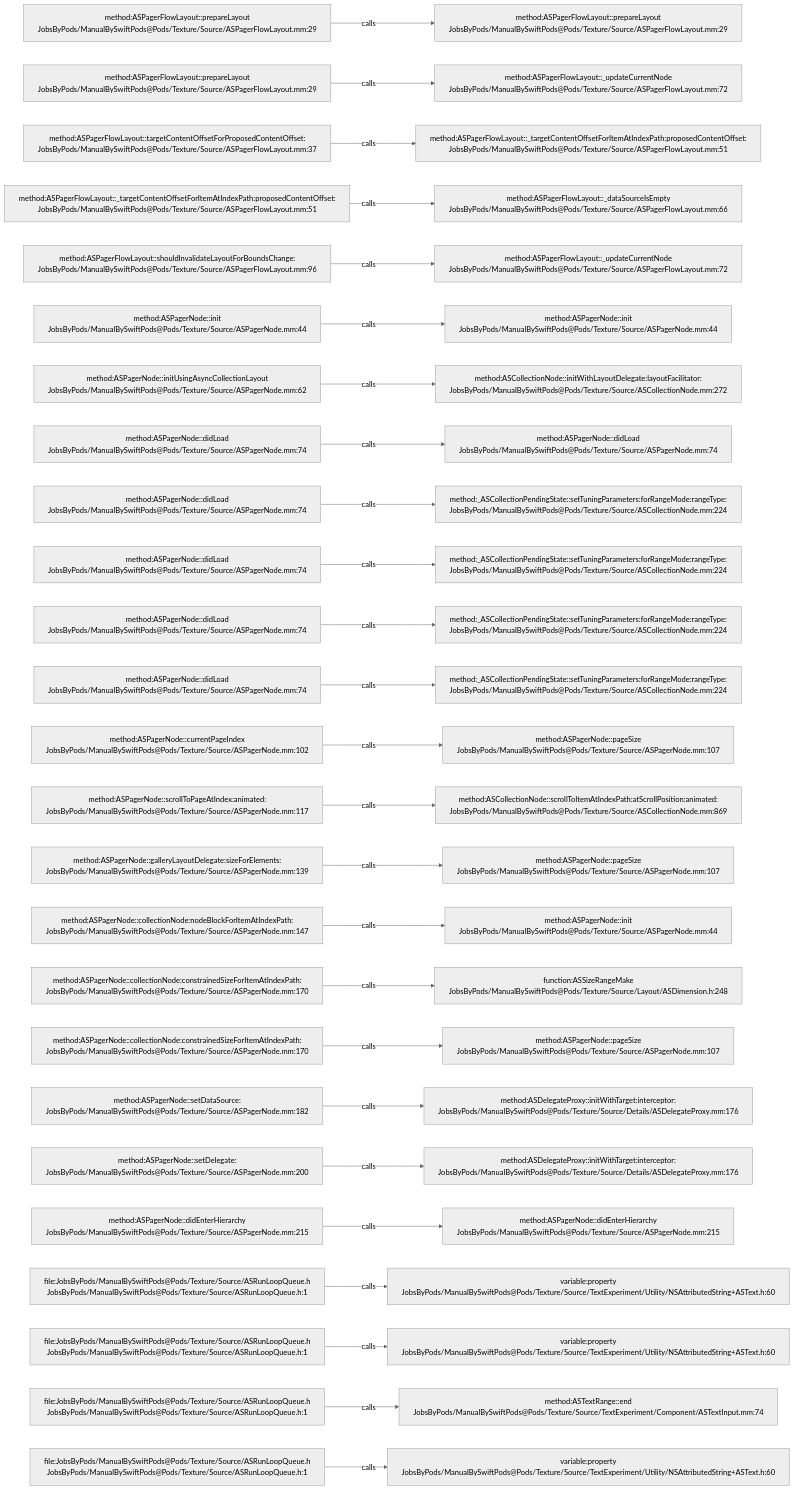
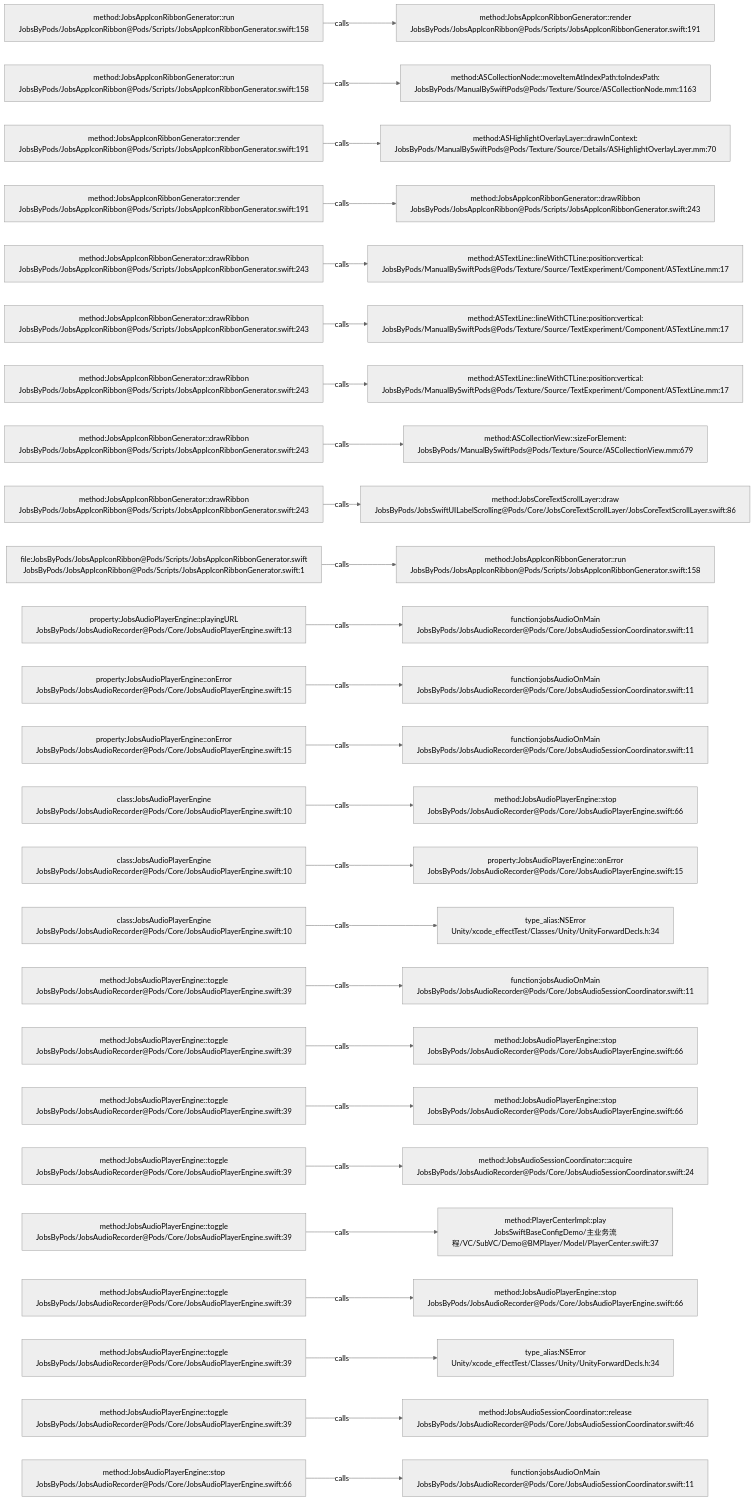
Before and after one commit to JobsKits/JobsSwiftBaseConfigDemo: the diagram in .codegraph/codegraph.md/graphs/calls-052.md, drawn with Mermaid (neutral theme). The commit also changed 224 other files, not shown here.

````diff
--- a/.codegraph/codegraph.md/graphs/calls-052.md
+++ b/.codegraph/codegraph.md/graphs/calls-052.md
@@ -13,78 +13,78 @@
 ```mermaid
 flowchart LR
-  S1["method:ASPagerFlowLayout::prepareLayout<br/>JobsByPods/ManualBySwiftPods@Pods/Texture/Source/ASPagerFlowLayout.mm:29"]
-  T1["method:ASPagerFlowLayout::prepareLayout<br/>JobsByPods/ManualBySwiftPods@Pods/Texture/Source/ASPagerFlowLayout.mm:29"]
+  S1["method:JobsAppIconRibbonGenerator::run<br/>JobsByPods/JobsAppIconRibbon@Pods/Scripts/JobsAppIconRibbonGenerator.swift:158"]
+  T1["method:JobsAppIconRibbonGenerator::render<br/>JobsByPods/JobsAppIconRibbon@Pods/Scripts/JobsAppIconRibbonGenerator.swift:191"]
   S1 -->|calls| T1
-  S2["method:ASPagerFlowLayout::prepareLayout<br/>JobsByPods/ManualBySwiftPods@Pods/Texture/Source/ASPagerFlowLayout.mm:29"]
-  T2["method:ASPagerFlowLayout::_updateCurrentNode<br/>JobsByPods/ManualBySwiftPods@Pods/Texture/Source/ASPagerFlowLayout.mm:72"]
+  S2["method:JobsAppIconRibbonGenerator::run<br/>JobsByPods/JobsAppIconRibbon@Pods/Scripts/JobsAppIconRibbonGenerator.swift:158"]
+  T2["method:ASCollectionNode::moveItemAtIndexPath:toIndexPath:<br/>JobsByPods/ManualBySwiftPods@Pods/Texture/Source/ASCollectionNode.mm:1163"]
   S2 -->|calls| T2
-  S3["method:ASPagerFlowLayout::targetContentOffsetForProposedContentOffset:<br/>JobsByPods/ManualBySwiftPods@Pods/Texture/Source/ASPagerFlowLayout.mm:37"]
-  T3["method:ASPagerFlowLayout::_targetContentOffsetForItemAtIndexPath:proposedContentOffset:<br/>JobsByPods/ManualBySwiftPods@Pods/Texture/Source/ASPagerFlowLayout.mm:51"]
+  S3["method:JobsAppIconRibbonGenerator::render<br/>JobsByPods/JobsAppIconRibbon@Pods/Scripts/JobsAppIconRibbonGenerator.swift:191"]
+  T3["method:ASHighlightOverlayLayer::drawInContext:<br/>JobsByPods/ManualBySwiftPods@Pods/Texture/Source/Details/ASHighlightOverlayLayer.mm:70"]
   S3 -->|calls| T3
-  S4["method:ASPagerFlowLayout::_targetContentOffsetForItemAtIndexPath:proposedContentOffset:<br/>JobsByPods/ManualBySwiftPods@Pods/Texture/Source/ASPagerFlowLayout.mm:51"]
-  T4["method:ASPagerFlowLayout::_dataSourceIsEmpty<br/>JobsByPods/ManualBySwiftPods@Pods/Texture/Source/ASPagerFlowLayout.mm:66"]
+  S4["method:JobsAppIconRibbonGenerator::render<br/>JobsByPods/JobsAppIconRibbon@Pods/Scripts/JobsAppIconRibbonGenerator.swift:191"]
+  T4["method:JobsAppIconRibbonGenerator::drawRibbon<br/>JobsByPods/JobsAppIconRibbon@Pods/Scripts/JobsAppIconRibbonGenerator.swift:243"]
   S4 -->|calls| T4
-  S5["method:ASPagerFlowLayout::shouldInvalidateLayoutForBoundsChange:<br/>JobsByPods/ManualBySwiftPods@Pods/Texture/Source/ASPagerFlowLayout.mm:96"]
-  T5["method:ASPagerFlowLayout::_updateCurrentNode<br/>JobsByPods/ManualBySwiftPods@Pods/Texture/Source/ASPagerFlowLayout.mm:72"]
+  S5["method:JobsAppIconRibbonGenerator::drawRibbon<br/>JobsByPods/JobsAppIconRibbon@Pods/Scripts/JobsAppIconRibbonGenerator.swift:243"]
+  T5["method:ASTextLine::lineWithCTLine:position:vertical:<br/>JobsByPods/ManualBySwiftPods@Pods/Texture/Source/TextExperiment/Component/ASTextLine.mm:17"]
   S5 -->|calls| T5
-  S6["method:ASPagerNode::init<br/>JobsByPods/ManualBySwiftPods@Pods/Texture/Source/ASPagerNode.mm:44"]
-  T6["method:ASPagerNode::init<br/>JobsByPods/ManualBySwiftPods@Pods/Texture/Source/ASPagerNode.mm:44"]
+  S6["method:JobsAppIconRibbonGenerator::drawRibbon<br/>JobsByPods/JobsAppIconRibbon@Pods/Scripts/JobsAppIconRibbonGenerator.swift:243"]
+  T6["method:ASTextLine::lineWithCTLine:position:vertical:<br/>JobsByPods/ManualBySwiftPods@Pods/Texture/Source/TextExperiment/Component/ASTextLine.mm:17"]
   S6 -->|calls| T6
-  S7["method:ASPagerNode::initUsingAsyncCollectionLayout<br/>JobsByPods/ManualBySwiftPods@Pods/Texture/Source/ASPagerNode.mm:62"]
-  T7["method:ASCollectionNode::initWithLayoutDelegate:layoutFacilitator:<br/>JobsByPods/ManualBySwiftPods@Pods/Texture/Source/ASCollectionNode.mm:272"]
+  S7["method:JobsAppIconRibbonGenerator::drawRibbon<br/>JobsByPods/JobsAppIconRibbon@Pods/Scripts/JobsAppIconRibbonGenerator.swift:243"]
+  T7["method:ASTextLine::lineWithCTLine:position:vertical:<br/>JobsByPods/ManualBySwiftPods@Pods/Texture/Source/TextExperiment/Component/ASTextLine.mm:17"]
   S7 -->|calls| T7
-  S8["method:ASPagerNode::didLoad<br/>JobsByPods/ManualBySwiftPods@Pods/Texture/Source/ASPagerNode.mm:74"]
-  T8["method:ASPagerNode::didLoad<br/>JobsByPods/ManualBySwiftPods@Pods/Texture/Source/ASPagerNode.mm:74"]
+  S8["method:JobsAppIconRibbonGenerator::drawRibbon<br/>JobsByPods/JobsAppIconRibbon@Pods/Scripts/JobsAppIconRibbonGenerator.swift:243"]
+  T8["method:ASCollectionView::sizeForElement:<br/>JobsByPods/ManualBySwiftPods@Pods/Texture/Source/ASCollectionView.mm:679"]
   S8 -->|calls| T8
-  S9["method:ASPagerNode::didLoad<br/>JobsByPods/ManualBySwiftPods@Pods/Texture/Source/ASPagerNode.mm:74"]
-  T9["method:_ASCollectionPendingState::setTuningParameters:forRangeMode:rangeType:<br/>JobsByPods/ManualBySwiftPods@Pods/Texture/Source/ASCollectionNode.mm:224"]
+  S9["method:JobsAppIconRibbonGenerator::drawRibbon<br/>JobsByPods/JobsAppIconRibbon@Pods/Scripts/JobsAppIconRibbonGenerator.swift:243"]
+  T9["method:JobsCoreTextScrollLayer::draw<br/>JobsByPods/JobsSwiftUILabelScrolling@Pods/Core/JobsCoreTextScrollLayer/JobsCoreTextScrollLayer.swift:86"]
   S9 -->|calls| T9
-  S10["method:ASPagerNode::didLoad<br/>JobsByPods/ManualBySwiftPods@Pods/Texture/Source/ASPagerNode.mm:74"]
-  T10["method:_ASCollectionPendingState::setTuningParameters:forRangeMode:rangeType:<br/>JobsByPods/ManualBySwiftPods@Pods/Texture/Source/ASCollectionNode.mm:224"]
+  S10["file:JobsByPods/JobsAppIconRibbon@Pods/Scripts/JobsAppIconRibbonGenerator.swift<br/>JobsByPods/JobsAppIconRibbon@Pods/Scripts/JobsAppIconRibbonGenerator.swift:1"]
+  T10["method:JobsAppIconRibbonGenerator::run<br/>JobsByPods/JobsAppIconRibbon@Pods/Scripts/JobsAppIconRibbonGenerator.swift:158"]
   S10 -->|calls| T10
-  S11["method:ASPagerNode::didLoad<br/>JobsByPods/ManualBySwiftPods@Pods/Texture/Source/ASPagerNode.mm:74"]
-  T11["method:_ASCollectionPendingState::setTuningParameters:forRangeMode:rangeType:<br/>JobsByPods/ManualBySwiftPods@Pods/Texture/Source/ASCollectionNode.mm:224"]
+  S11["property:JobsAudioPlayerEngine::playingURL<br/>JobsByPods/JobsAudioRecorder@Pods/Core/JobsAudioPlayerEngine.swift:13"]
+  T11["function:jobsAudioOnMain<br/>JobsByPods/JobsAudioRecorder@Pods/Core/JobsAudioSessionCoordinator.swift:11"]
   S11 -->|calls| T11
-  S12["method:ASPagerNode::didLoad<br/>JobsByPods/ManualBySwiftPods@Pods/Texture/Source/ASPagerNode.mm:74"]
-  T12["method:_ASCollectionPendingState::setTuningParameters:forRangeMode:rangeType:<br/>JobsByPods/ManualBySwiftPods@Pods/Texture/Source/ASCollectionNode.mm:224"]
+  S12["property:JobsAudioPlayerEngine::onError<br/>JobsByPods/JobsAudioRecorder@Pods/Core/JobsAudioPlayerEngine.swift:15"]
+  T12["function:jobsAudioOnMain<br/>JobsByPods/JobsAudioRecorder@Pods/Core/JobsAudioSessionCoordinator.swift:11"]
   S12 -->|calls| T12
-  S13["method:ASPagerNode::currentPageIndex<br/>JobsByPods/ManualBySwiftPods@Pods/Texture/Source/ASPagerNode.mm:102"]
-  T13["method:ASPagerNode::pageSize<br/>JobsByPods/ManualBySwiftPods@Pods/Texture/Source/ASPagerNode.mm:107"]
+  S13["property:JobsAudioPlayerEngine::onError<br/>JobsByPods/JobsAudioRecorder@Pods/Core/JobsAudioPlayerEngine.swift:15"]
+  T13["function:jobsAudioOnMain<br/>JobsByPods/JobsAudioRecorder@Pods/Core/JobsAudioSessionCoordinator.swift:11"]
   S13 -->|calls| T13
-  S14["method:ASPagerNode::scrollToPageAtIndex:animated:<br/>JobsByPods/ManualBySwiftPods@Pods/Texture/Source/ASPagerNode.mm:117"]
-  T14["method:ASCollectionNode::scrollToItemAtIndexPath:atScrollPosition:animated:<br/>JobsByPods/ManualBySwiftPods@Pods/Texture/Source/ASCollectionNode.mm:869"]
+  S14["class:JobsAudioPlayerEngine<br/>JobsByPods/JobsAudioRecorder@Pods/Core/JobsAudioPlayerEngine.swift:10"]
+  T14["method:JobsAudioPlayerEngine::stop<br/>JobsByPods/JobsAudioRecorder@Pods/Core/JobsAudioPlayerEngine.swift:66"]
   S14 -->|calls| T14
-  S15["method:ASPagerNode::galleryLayoutDelegate:sizeForElements:<br/>JobsByPods/ManualBySwiftPods@Pods/Texture/Source/ASPagerNode.mm:139"]
-  T15["method:ASPagerNode::pageSize<br/>JobsByPods/ManualBySwiftPods@Pods/Texture/Source/ASPagerNode.mm:107"]
+  S15["class:JobsAudioPlayerEngine<br/>JobsByPods/JobsAudioRecorder@Pods/Core/JobsAudioPlayerEngine.swift:10"]
+  T15["property:JobsAudioPlayerEngine::onError<br/>JobsByPods/JobsAudioRecorder@Pods/Core/JobsAudioPlayerEngine.swift:15"]
   S15 -->|calls| T15
-  S16["method:ASPagerNode::collectionNode:nodeBlockForItemAtIndexPath:<br/>JobsByPods/ManualBySwiftPods@Pods/Texture/Source/ASPagerNode.mm:147"]
-  T16["method:ASPagerNode::init<br/>JobsByPods/ManualBySwiftPods@Pods/Texture/Source/ASPagerNode.mm:44"]
+  S16["class:JobsAudioPlayerEngine<br/>JobsByPods/JobsAudioRecorder@Pods/Core/JobsAudioPlayerEngine.swift:10"]
+  T16["type_alias:NSError<br/>Unity/xcode_effectTest/Classes/Unity/UnityForwardDecls.h:34"]
   S16 -->|calls| T16
-  S17["method:ASPagerNode::collectionNode:constrainedSizeForItemAtIndexPath:<br/>JobsByPods/ManualBySwiftPods@Pods/Texture/Source/ASPagerNode.mm:170"]
-  T17["function:ASSizeRangeMake<br/>JobsByPods/ManualBySwiftPods@Pods/Texture/Source/Layout/ASDimension.h:248"]
+  S17["method:JobsAudioPlayerEngine::toggle<br/>JobsByPods/JobsAudioRecorder@Pods/Core/JobsAudioPlayerEngine.swift:39"]
+  T17["function:jobsAudioOnMain<br/>JobsByPods/JobsAudioRecorder@Pods/Core/JobsAudioSessionCoordinator.swift:11"]
   S17 -->|calls| T17
-  S18["method:ASPagerNode::collectionNode:constrainedSizeForItemAtIndexPath:<br/>JobsByPods/ManualBySwiftPods@Pods/Texture/Source/ASPagerNode.mm:170"]
-  T18["method:ASPagerNode::pageSize<br/>JobsByPods/ManualBySwiftPods@Pods/Texture/Source/ASPagerNode.mm:107"]
+  S18["method:JobsAudioPlayerEngine::toggle<br/>JobsByPods/JobsAudioRecorder@Pods/Core/JobsAudioPlayerEngine.swift:39"]
+  T18["method:JobsAudioPlayerEngine::stop<br/>JobsByPods/JobsAudioRecorder@Pods/Core/JobsAudioPlayerEngine.swift:66"]
   S18 -->|calls| T18
-  S19["method:ASPagerNode::setDataSource:<br/>JobsByPods/ManualBySwiftPods@Pods/Texture/Source/ASPagerNode.mm:182"]
-  T19["method:ASDelegateProxy::initWithTarget:interceptor:<br/>JobsByPods/ManualBySwiftPods@Pods/Texture/Source/Details/ASDelegateProxy.mm:176"]
+  S19["method:JobsAudioPlayerEngine::toggle<br/>JobsByPods/JobsAudioRecorder@Pods/Core/JobsAudioPlayerEngine.swift:39"]
+  T19["method:JobsAudioPlayerEngine::stop<br/>JobsByPods/JobsAudioRecorder@Pods/Core/JobsAudioPlayerEngine.swift:66"]
   S19 -->|calls| T19
-  S20["method:ASPagerNode::setDelegate:<br/>JobsByPods/ManualBySwiftPods@Pods/Texture/Source/ASPagerNode.mm:200"]
-  T20["method:ASDelegateProxy::initWithTarget:interceptor:<br/>JobsByPods/ManualBySwiftPods@Pods/Texture/Source/Details/ASDelegateProxy.mm:176"]
+  S20["method:JobsAudioPlayerEngine::toggle<br/>JobsByPods/JobsAudioRecorder@Pods/Core/JobsAudioPlayerEngine.swift:39"]
+  T20["method:JobsAudioSessionCoordinator::acquire<br/>JobsByPods/JobsAudioRecorder@Pods/Core/JobsAudioSessionCoordinator.swift:24"]
   S20 -->|calls| T20
-  S21["method:ASPagerNode::didEnterHierarchy<br/>JobsByPods/ManualBySwiftPods@Pods/Texture/Source/ASPagerNode.mm:215"]
-  T21["method:ASPagerNode::didEnterHierarchy<br/>JobsByPods/ManualBySwiftPods@Pods/Texture/Source/ASPagerNode.mm:215"]
+  S21["method:JobsAudioPlayerEngine::toggle<br/>JobsByPods/JobsAudioRecorder@Pods/Core/JobsAudioPlayerEngine.swift:39"]
+  T21["method:PlayerCenterImpl::play<br/>JobsSwiftBaseConfigDemo/主业务流程/VC/SubVC/Demo@BMPlayer/Model/PlayerCenter.swift:37"]
   S21 -->|calls| T21
-  S22["file:JobsByPods/ManualBySwiftPods@Pods/Texture/Source/ASRunLoopQueue.h<br/>JobsByPods/ManualBySwiftPods@Pods/Texture/Source/ASRunLoopQueue.h:1"]
-  T22["variable:property<br/>JobsByPods/ManualBySwiftPods@Pods/Texture/Source/TextExperiment/Utility/NSAttributedString+ASText.h:60"]
+  S22["method:JobsAudioPlayerEngine::toggle<br/>JobsByPods/JobsAudioRecorder@Pods/Core/JobsAudioPlayerEngine.swift:39"]
+  T22["method:JobsAudioPlayerEngine::stop<br/>JobsByPods/JobsAudioRecorder@Pods/Core/JobsAudioPlayerEngine.swift:66"]
   S22 -->|calls| T22
-  S23["file:JobsByPods/ManualBySwiftPods@Pods/Texture/Source/ASRunLoopQueue.h<br/>JobsByPods/ManualBySwiftPods@Pods/Texture/Source/ASRunLoopQueue.h:1"]
-  T23["variable:property<br/>JobsByPods/ManualBySwiftPods@Pods/Texture/Source/TextExperiment/Utility/NSAttributedString+ASText.h:60"]
+  S23["method:JobsAudioPlayerEngine::toggle<br/>JobsByPods/JobsAudioRecorder@Pods/Core/JobsAudioPlayerEngine.swift:39"]
+  T23["type_alias:NSError<br/>Unity/xcode_effectTest/Classes/Unity/UnityForwardDecls.h:34"]
   S23 -->|calls| T23
-  S24["file:JobsByPods/ManualBySwiftPods@Pods/Texture/Source/ASRunLoopQueue.h<br/>JobsByPods/ManualBySwiftPods@Pods/Texture/Source/ASRunLoopQueue.h:1"]
-  T24["method:ASTextRange::end<br/>JobsByPods/ManualBySwiftPods@Pods/Texture/Source/TextExperiment/Component/ASTextInput.mm:74"]
+  S24["method:JobsAudioPlayerEngine::toggle<br/>JobsByPods/JobsAudioRecorder@Pods/Core/JobsAudioPlayerEngine.swift:39"]
+  T24["method:JobsAudioSessionCoordinator::release<br/>JobsByPods/JobsAudioRecorder@Pods/Core/JobsAudioSessionCoordinator.swift:46"]
   S24 -->|calls| T24
-  S25["file:JobsByPods/ManualBySwiftPods@Pods/Texture/Source/ASRunLoopQueue.h<br/>JobsByPods/ManualBySwiftPods@Pods/Texture/Source/ASRunLoopQueue.h:1"]
-  T25["variable:property<br/>JobsByPods/ManualBySwiftPods@Pods/Texture/Source/TextExperiment/Utility/NSAttributedString+ASText.h:60"]
+  S25["method:JobsAudioPlayerEngine::stop<br/>JobsByPods/JobsAudioRecorder@Pods/Core/JobsAudioPlayerEngine.swift:66"]
+  T25["function:jobsAudioOnMain<br/>JobsByPods/JobsAudioRecorder@Pods/Core/JobsAudioSessionCoordinator.swift:11"]
   S25 -->|calls| T25
 ```
````
